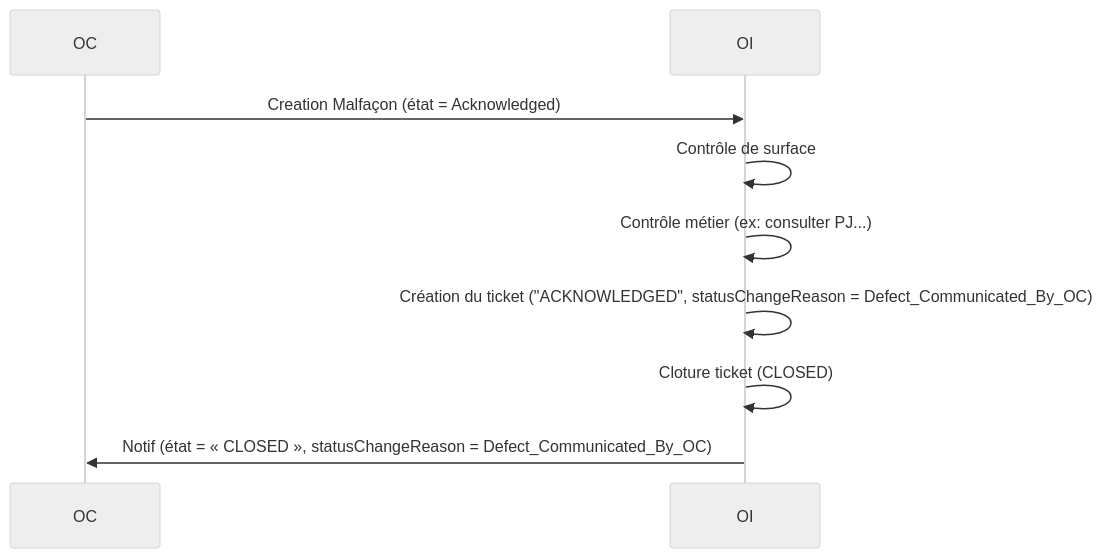
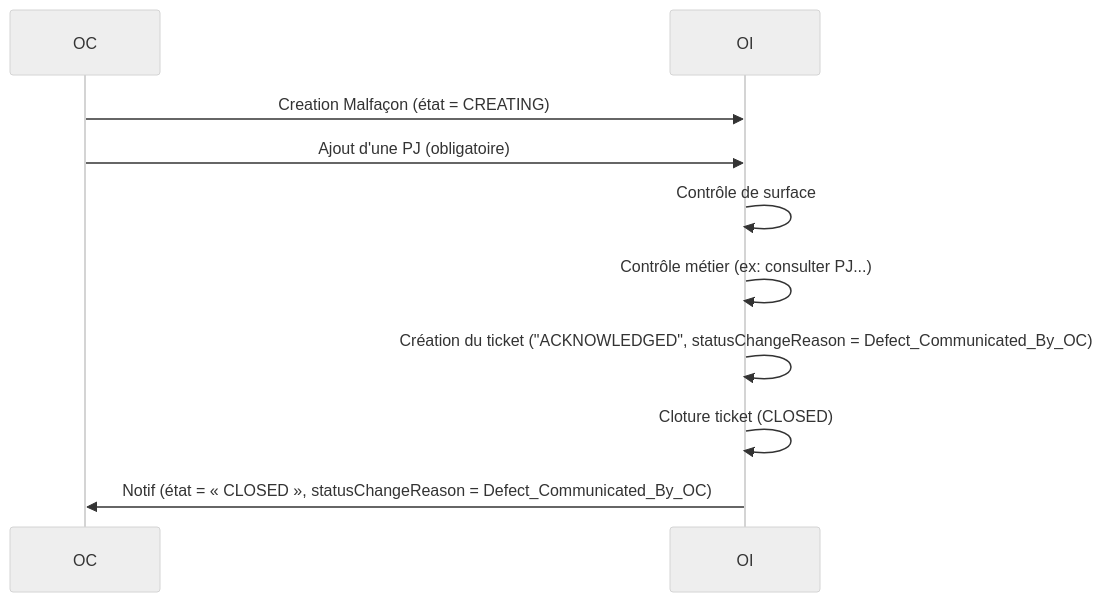
Diagram 12 of 12 in README.md (before-interop/malfacon), drawn with Mermaid (neutral theme) before and after one commit. The commit also changed other lines of this file and 3 other files, not shown here.

````diff
--- a/README.md
+++ b/README.md
@@ -602,13 +636,14 @@
 ```mermaid
 sequenceDiagram
 
   participant OC
   participant OI
 
-  OC->>OI: Creation Malfaçon (état = Acknowledged)
+  OC->>OI: Creation Malfaçon (état = CREATING)
+  OC->>OI: Ajout d'une PJ (obligatoire)
   OI->>OI: Contrôle de surface
   OI->>OI: Contrôle métier (ex: consulter PJ...)
   OI->>OI: Création du ticket ("ACKNOWLEDGED", statusChangeReason = Defect_Communicated_By_OC)
   OI->>OI: Cloture ticket (CLOSED)
   OI->>OC: Notif (état = « CLOSED », statusChangeReason = Defect_Communicated_By_OC)
 ```
````
